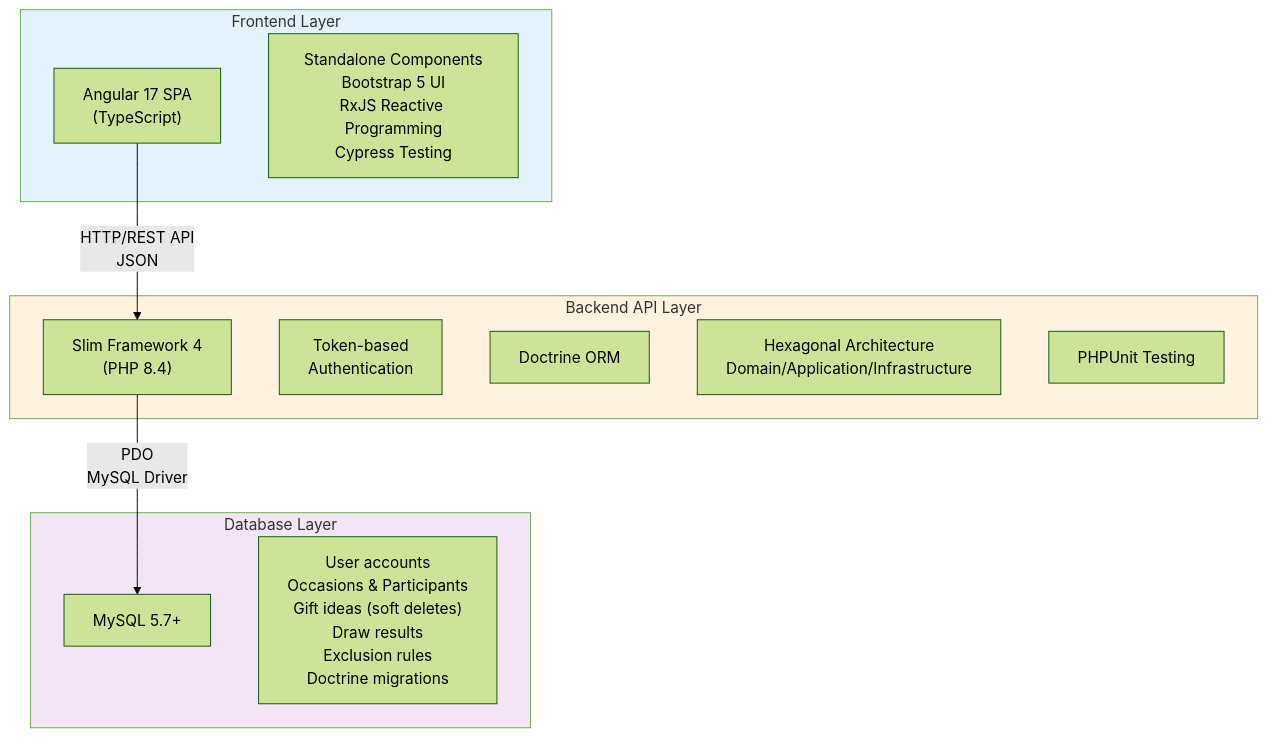
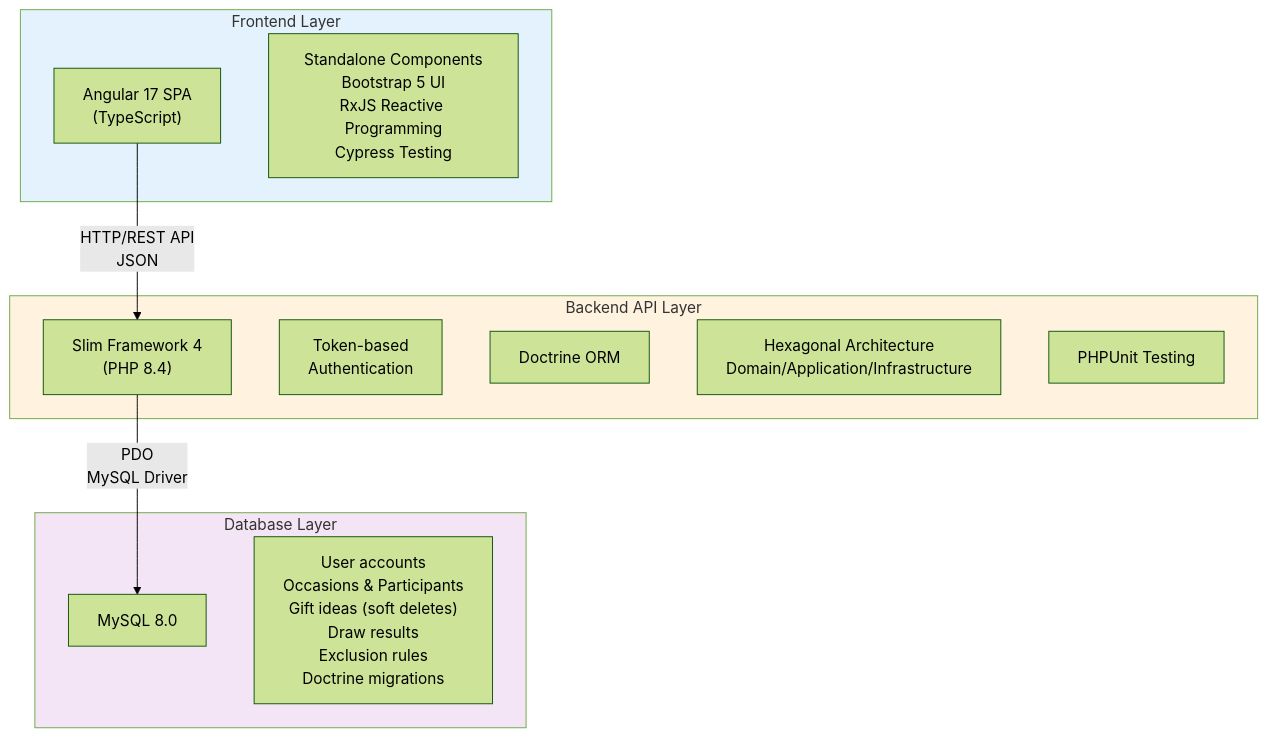
One commit to mleguen/tkdo changed the diagram in docs/README.md. Above: the diagram before and after it, drawn with Mermaid (forest theme). The commit also changed other lines of this file and 10 other files, not shown here.

````diff
--- a/docs/README.md
+++ b/docs/README.md
@@ -99,27 +99,27 @@
 ```mermaid
 graph TB
     subgraph Frontend["Frontend Layer"]
         UI["Angular 17 SPA<br/>(TypeScript)"]
         Components["Standalone Components<br/>Bootstrap 5 UI<br/>RxJS Reactive Programming<br/>Cypress Testing"]
     end
 
     subgraph Backend["Backend API Layer"]
         API["Slim Framework 4<br/>(PHP 8.4)"]
         Auth["Token-based<br/>Authentication"]
         ORM["Doctrine ORM"]
         Arch["Hexagonal Architecture<br/>Domain/Application/Infrastructure"]
         Tests["PHPUnit Testing"]
     end
 
     subgraph Database["Database Layer"]
-        DB["MySQL 5.7+"]
+        DB["MySQL 8.0"]
         Schema["User accounts<br/>Occasions & Participants<br/>Gift ideas (soft deletes)<br/>Draw results<br/>Exclusion rules<br/>Doctrine migrations"]
     end
 
     UI --> |HTTP/REST API<br/>JSON| API
     API --> |PDO<br/>MySQL Driver| DB
 
     style Frontend fill:#e3f2fd
     style Backend fill:#fff3e0
     style Database fill:#f3e5f5
 ```
````
